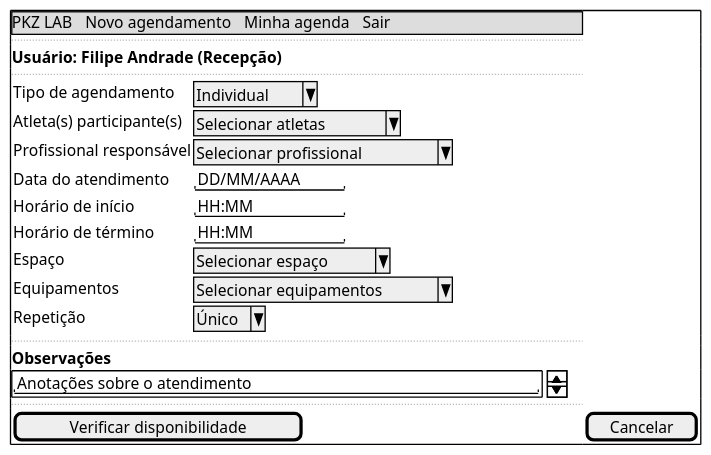
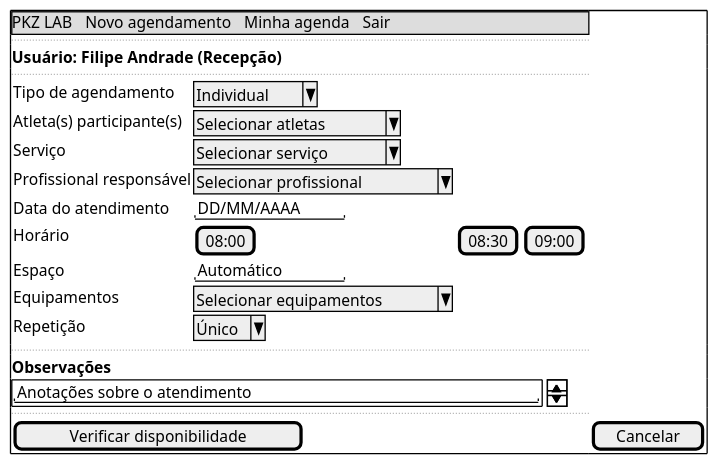
One commit to Projetos-de-Extensao/PECDII_26.2_8001_II changed the fourth of 10 diagrams in docs/Iniciacao/prototipo_baixa_fidelidade.md. Above: the diagram before and after it, drawn with PlantUML. The commit also changed other lines of this file and 8 other files, not shown here.

````diff
--- a/docs/Iniciacao/prototipo_baixa_fidelidade.md
+++ b/docs/Iniciacao/prototipo_baixa_fidelidade.md
@@ -186,29 +186,29 @@
 ```plantuml
 @startsalt
 scale 1.3
 {+
   {* PKZ LAB | Novo agendamento | Minha agenda | Sair }
   ..
   <b>Usuário: Filipe Andrade (Recepção)
   ..
   {
     Tipo de agendamento      | ^Individual^
     Atleta(s) participante(s)| ^Selecionar atletas^
+    Serviço                  | ^Selecionar serviço^
     Profissional responsável | ^Selecionar profissional^
     Data do atendimento      | "DD/MM/AAAA    "
-    Horário de início        | "HH:MM         "
-    Horário de término       | "HH:MM         "
-    Espaço                   | ^Selecionar espaço^
+    Horário                  | [08:00] | [08:30] | [09:00]
+    Espaço                   | "Automático    "
     Equipamentos             | ^Selecionar equipamentos^
     Repetição                | ^Único^
   }
   ..
   <b>Observações
   {SI
     "Anotações sobre o atendimento                     "
   }
   ..
   [ Verificar disponibilidade ] | [ Cancelar ]
 }
 @endsalt
 ```
````
